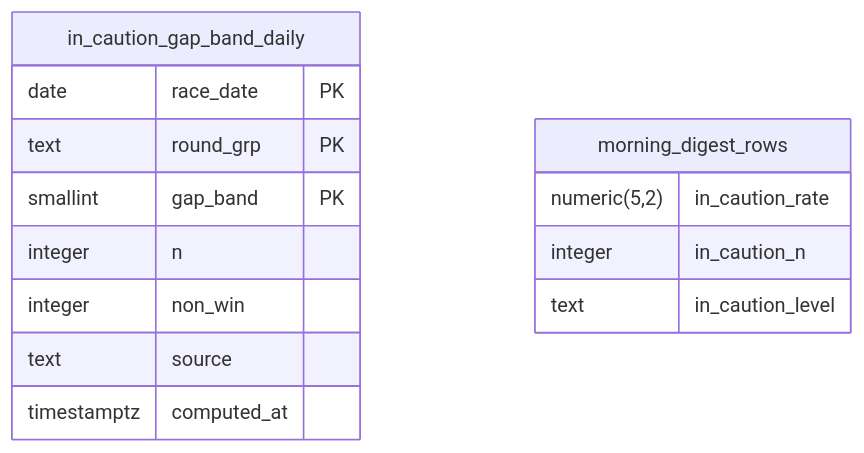
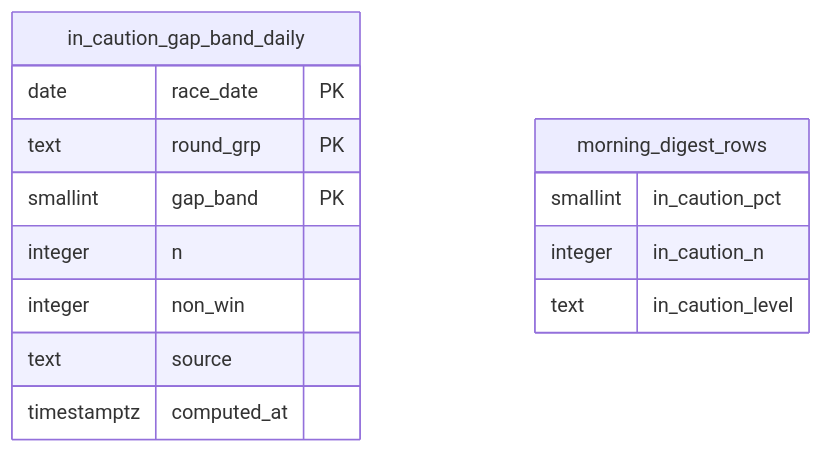
One commit to rhapsody0919/boatrace-ai-predictor changed the second of 2 diagrams in docs/design/in-collapse-caution/plan.md. Above: the diagram before and after it, drawn with Mermaid. The commit also changed other lines of this file and 6 other files, not shown here.

First line of the commit message:
docs: BOA-822 plan に system-architect の指摘を反映

````diff
--- a/docs/design/in-collapse-caution/plan.md
+++ b/docs/design/in-collapse-caution/plan.md
@@ -106,17 +111,17 @@
 ```mermaid
 erDiagram
     in_caution_gap_band_daily {
         date race_date PK
         text round_grp PK
         smallint gap_band PK
         integer n
         integer non_win
         text source
         timestamptz computed_at
     }
     morning_digest_rows {
-        numeric(5,2) in_caution_rate
+        smallint in_caution_pct
         integer in_caution_n
         text in_caution_level
     }
 ```
````
